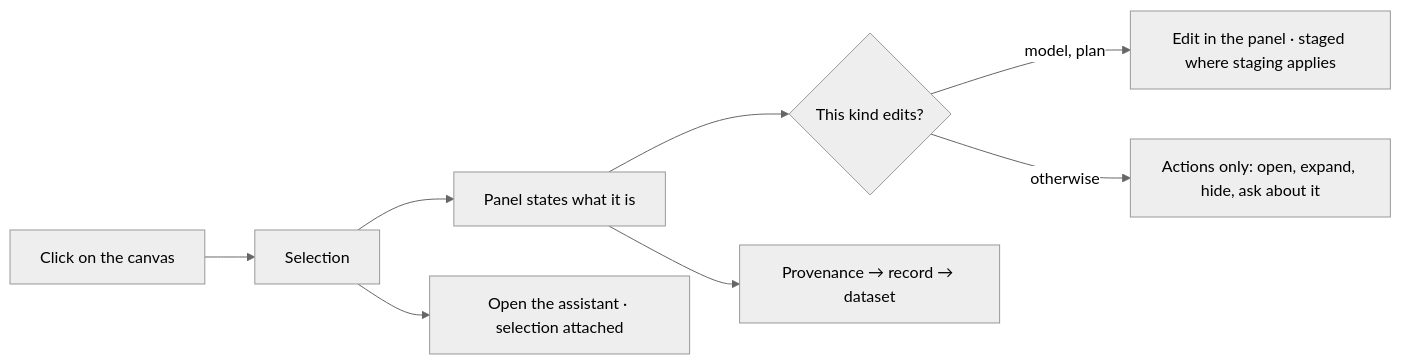
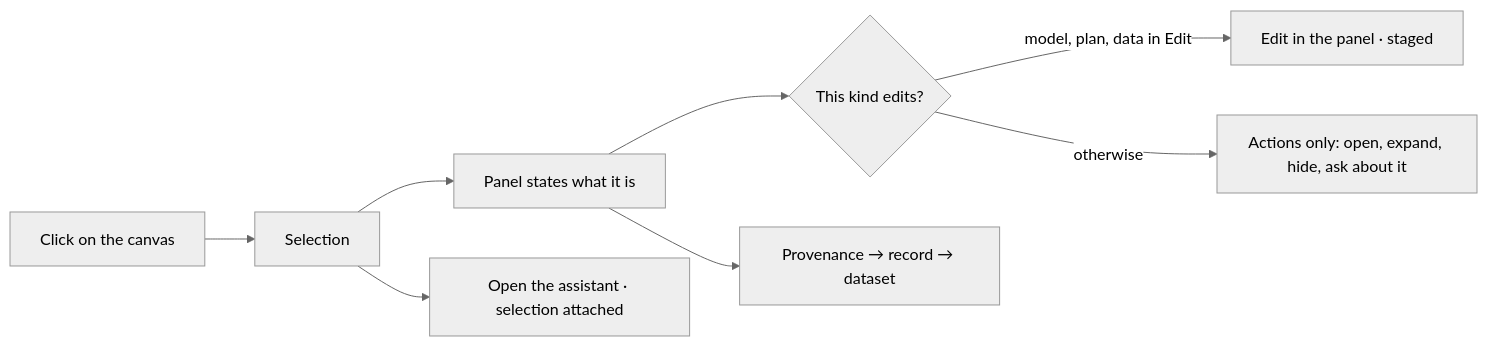
One commit to invana/invana changed the diagram in docs/for-developers/modules/explore/features/selection-and-the-panel.md. Above: the diagram before and after it, drawn with Mermaid (neutral theme). The commit also changed other lines of this file and 29 other files, not shown here.

First line of the commit message:
feat: a board's data edits save to the graph

````diff
--- a/docs/for-developers/modules/explore/features/selection-and-the-panel.md
+++ b/docs/for-developers/modules/explore/features/selection-and-the-panel.md
@@ -41,10 +41,10 @@
 ```mermaid
 flowchart LR
     A[Click on the canvas] --> B[Selection]
     B --> C[Panel states what it is]
     C --> D{This kind edits?}
-    D -->|model, plan| E[Edit in the panel · staged where staging applies]
+    D -->|model, plan, data in Edit| E[Edit in the panel · staged]
     D -->|otherwise| F[Actions only: open, expand, hide, ask about it]
     C --> G[Provenance → record → dataset]
     B --> H[Open the assistant · selection attached]
 ```
````
